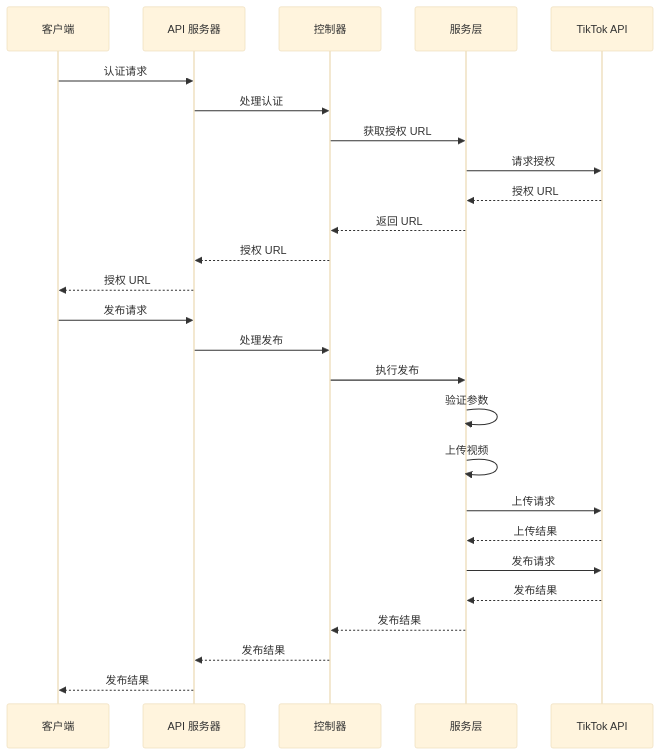
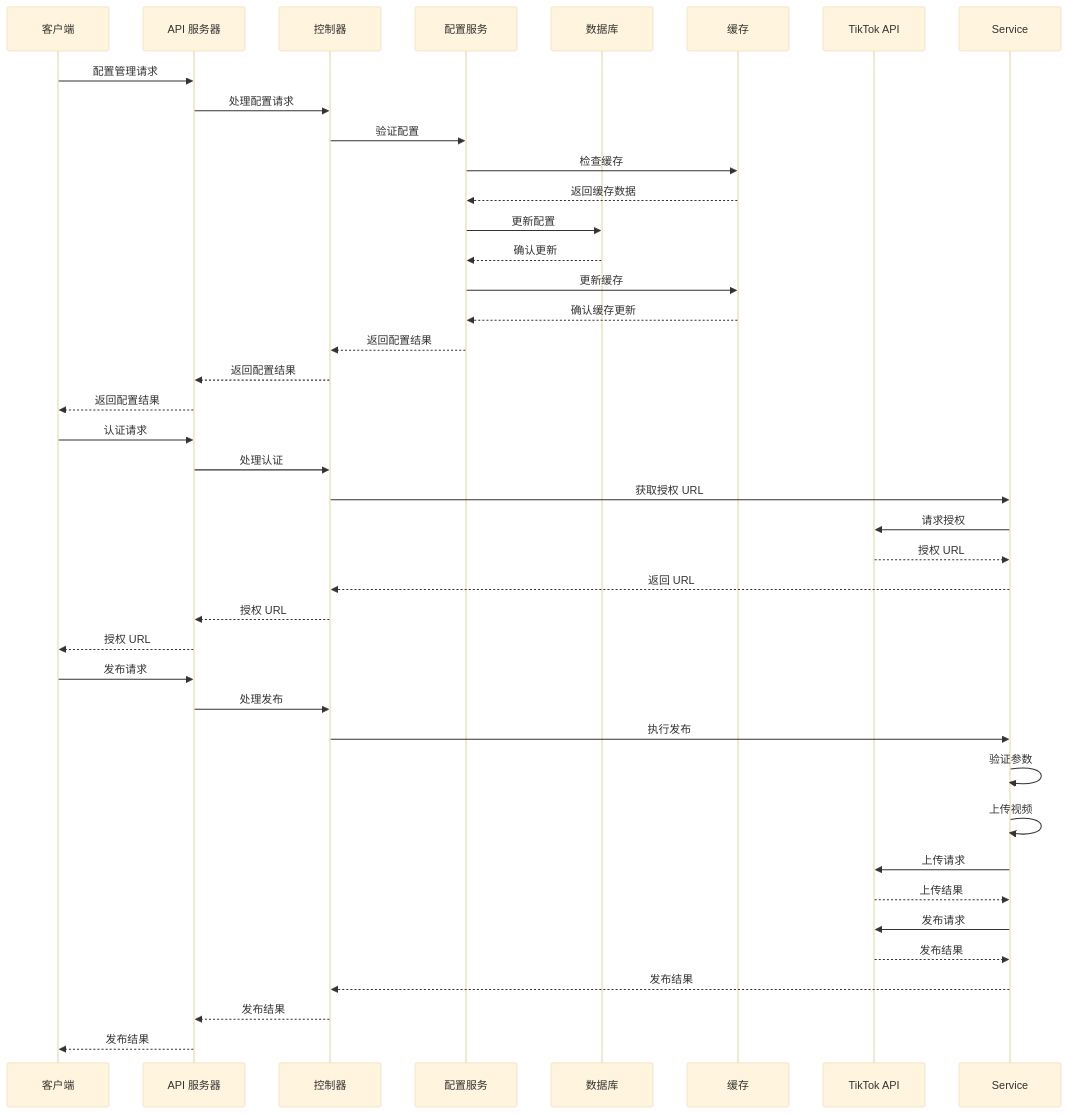
Before and after one commit to songdiyang/clawOperations: the seventh of 16 diagrams in .qoder/repowiki/zh/content/工具服务模块/配置管理/配置管理系统.md, drawn with Mermaid (base theme). The commit also changed other lines of this file and 10 other files, not shown here.

````diff
--- a/.qoder/repowiki/zh/content/工具服务模块/配置管理/配置管理系统.md
+++ b/.qoder/repowiki/zh/content/工具服务模块/配置管理/配置管理系统.md
@@ -255,28 +352,42 @@
 ```mermaid
 sequenceDiagram
 participant Client as 客户端
 participant API as API 服务器
 participant Controller as 控制器
-participant Service as 服务层
+participant ConfigService as 配置服务
+participant Database as 数据库
+participant Cache as 缓存
 participant TikTok as TikTok API
+Client->>API : 配置管理请求
+API->>Controller : 处理配置请求
+Controller->>ConfigService : 验证配置
+ConfigService->>Cache : 检查缓存
+Cache-->>ConfigService : 返回缓存数据
+ConfigService->>Database : 更新配置
+Database-->>ConfigService : 确认更新
+ConfigService->>Cache : 更新缓存
+Cache-->>ConfigService : 确认缓存更新
+ConfigService-->>Controller : 返回配置结果
+Controller-->>API : 返回配置结果
+API-->>Client : 返回配置结果
 Client->>API : 认证请求
 API->>Controller : 处理认证
 Controller->>Service : 获取授权 URL
 Service->>TikTok : 请求授权
 TikTok-->>Service : 授权 URL
 Service-->>Controller : 返回 URL
 Controller-->>API : 授权 URL
 API-->>Client : 授权 URL
 Client->>API : 发布请求
 API->>Controller : 处理发布
 Controller->>Service : 执行发布
 Service->>Service : 验证参数
 Service->>Service : 上传视频
 Service->>TikTok : 上传请求
 TikTok-->>Service : 上传结果
 Service->>TikTok : 发布请求
 TikTok-->>Service : 发布结果
 Service-->>Controller : 发布结果
 Controller-->>API : 发布结果
 API-->>Client : 发布结果
 ```
````
